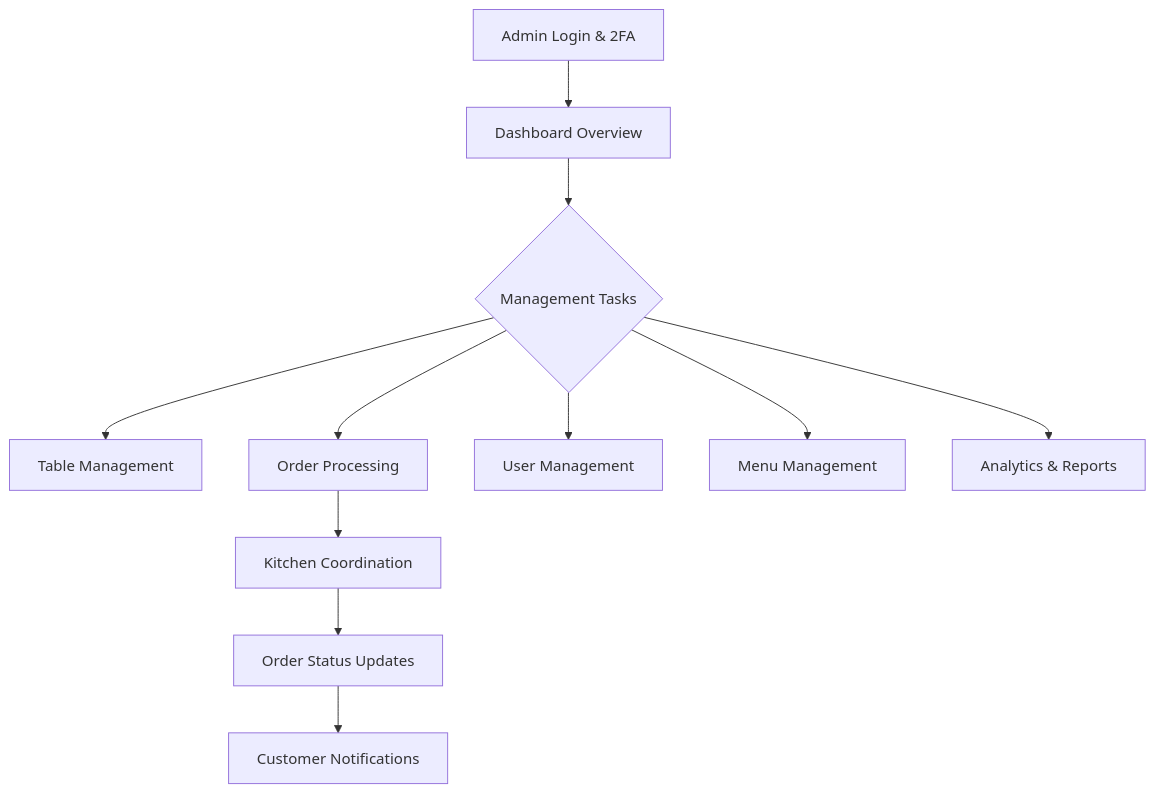
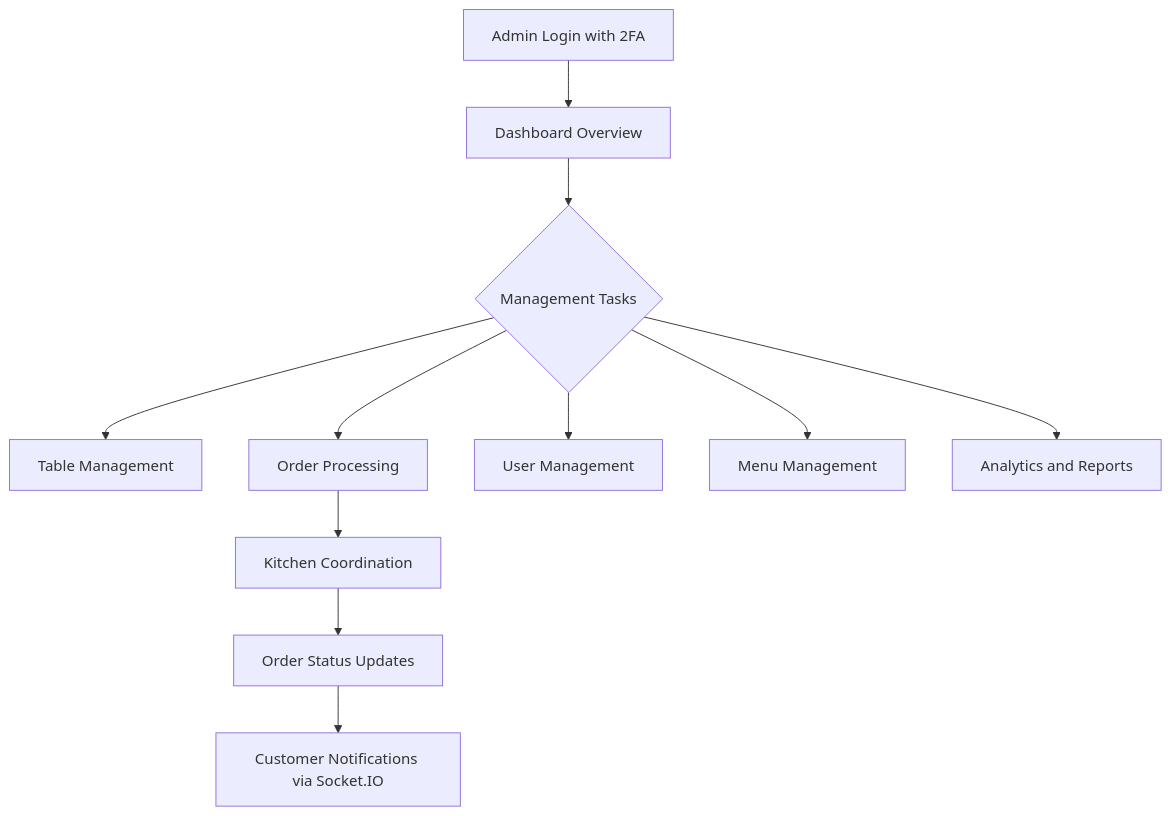
One commit to Atharvkote/ai-based-contactless-ordering changed the second of 4 diagrams in README.md. Above: the diagram before and after it, drawn with Mermaid. The commit also changed other lines of this file, not shown here.

````diff
--- a/README.md
+++ b/README.md
@@ -104,13 +53,13 @@
 ```mermaid
 graph TD
-    A[Admin Login & 2FA] --> B[Dashboard Overview]
+    A[Admin Login with 2FA] --> B[Dashboard Overview]
     B --> C{Management Tasks}
     C --> D[Table Management]
     C --> E[Order Processing]
     C --> F[User Management]
     C --> G[Menu Management]
-    C --> H[Analytics & Reports]
+    C --> H[Analytics and Reports]
     E --> I[Kitchen Coordination]
     I --> J[Order Status Updates]
-    J --> K[Customer Notifications]
+    J --> K[Customer Notifications via Socket.IO]
 ```
````
